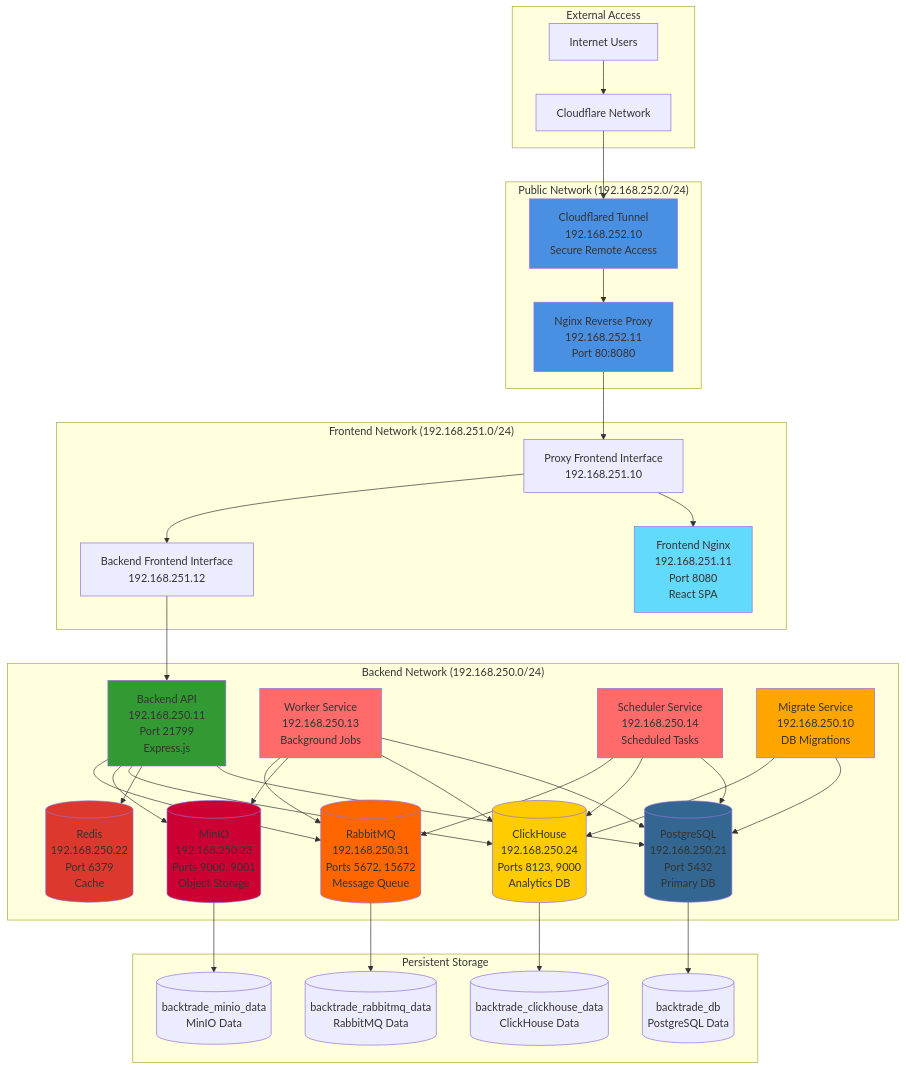
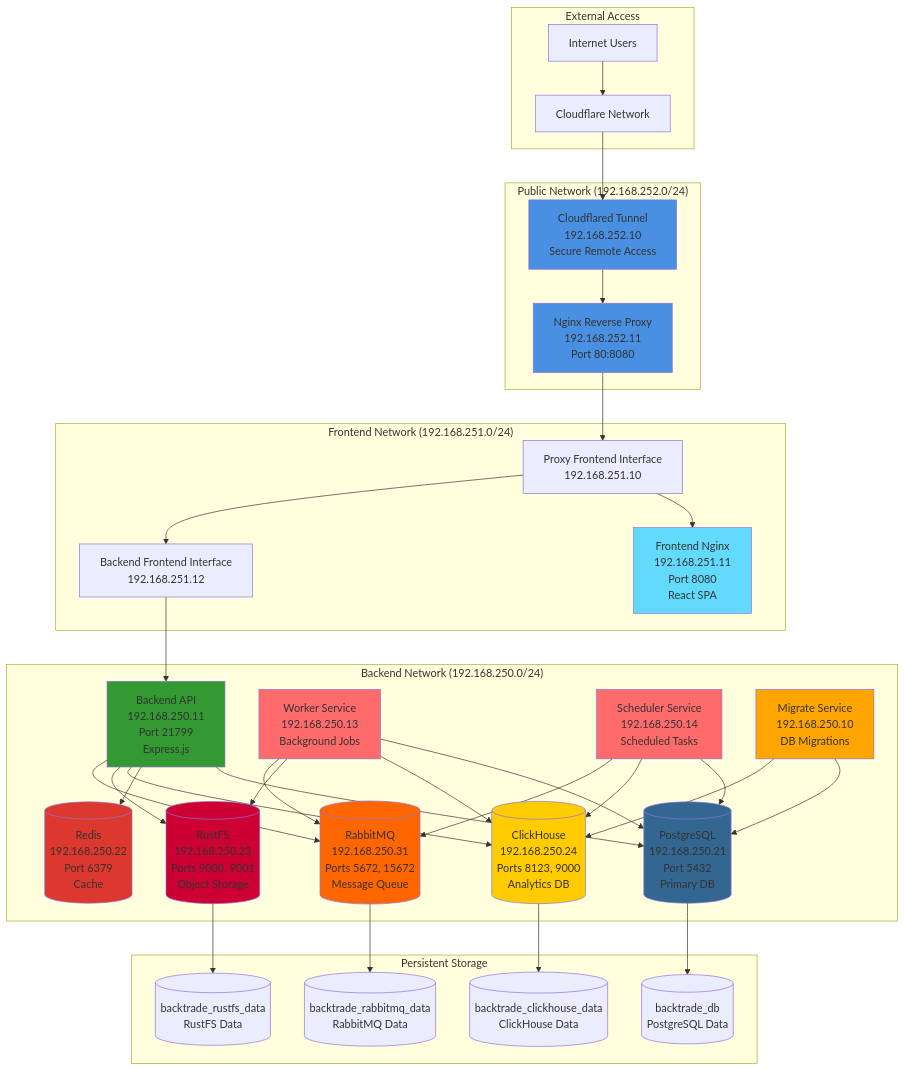
One commit to DamienReichhart/BackTrade changed the diagram in documentation/docker/prod/architecture-overview.md. Above: the diagram before and after it, drawn with Mermaid. The commit also changed 18 other files, not shown here.

First line of the commit message:
docs: update storage docs from minio to rustfs

````diff
--- a/documentation/docker/prod/architecture-overview.md
+++ b/documentation/docker/prod/architecture-overview.md
@@ -25,13 +25,13 @@
         Postgres[(PostgreSQL<br/>192.168.250.21<br/>Port 5432<br/>Primary DB)]
         Redis[(Redis<br/>192.168.250.22<br/>Port 6379<br/>Cache)]
         ClickHouse[(ClickHouse<br/>192.168.250.24<br/>Ports 8123, 9000<br/>Analytics DB)]
-        MinIO[(MinIO<br/>192.168.250.23<br/>Ports 9000, 9001<br/>Object Storage)]
+        RustFS[(RustFS<br/>192.168.250.23<br/>Ports 9000, 9001<br/>Object Storage)]
         RabbitMQ[(RabbitMQ<br/>192.168.250.31<br/>Ports 5672, 15672<br/>Message Queue)]
     end
 
     subgraph "Persistent Storage"
         VolDB[(backtrade_db<br/>PostgreSQL Data)]
-        VolMinIO[(backtrade_minio_data<br/>MinIO Data)]
+        VolRustFS[(backtrade_rustfs_data<br/>RustFS Data)]
         VolClickHouse[(backtrade_clickhouse_data<br/>ClickHouse Data)]
         VolRabbitMQ[(backtrade_rabbitmq_data<br/>RabbitMQ Data)]
     end
@@ -49,12 +49,12 @@
     Backend --> Postgres
     Backend --> Redis
     Backend --> ClickHouse
-    Backend --> MinIO
+    Backend --> RustFS
     Backend --> RabbitMQ
 
     Worker --> Postgres
     Worker --> ClickHouse
-    Worker --> MinIO
+    Worker --> RustFS
     Worker --> RabbitMQ
 
     Scheduler --> Postgres
@@ -65,7 +65,7 @@
     Migrate --> ClickHouse
 
     Postgres --> VolDB
-    MinIO --> VolMinIO
+    RustFS --> VolRustFS
     ClickHouse --> VolClickHouse
     RabbitMQ --> VolRabbitMQ
 
@@ -79,6 +79,6 @@
     style Postgres fill:#336791
     style Redis fill:#dc382d
     style ClickHouse fill:#ffcc02
-    style MinIO fill:#c03
+    style RustFS fill:#c03
     style RabbitMQ fill:#ff6600
 ```
````
